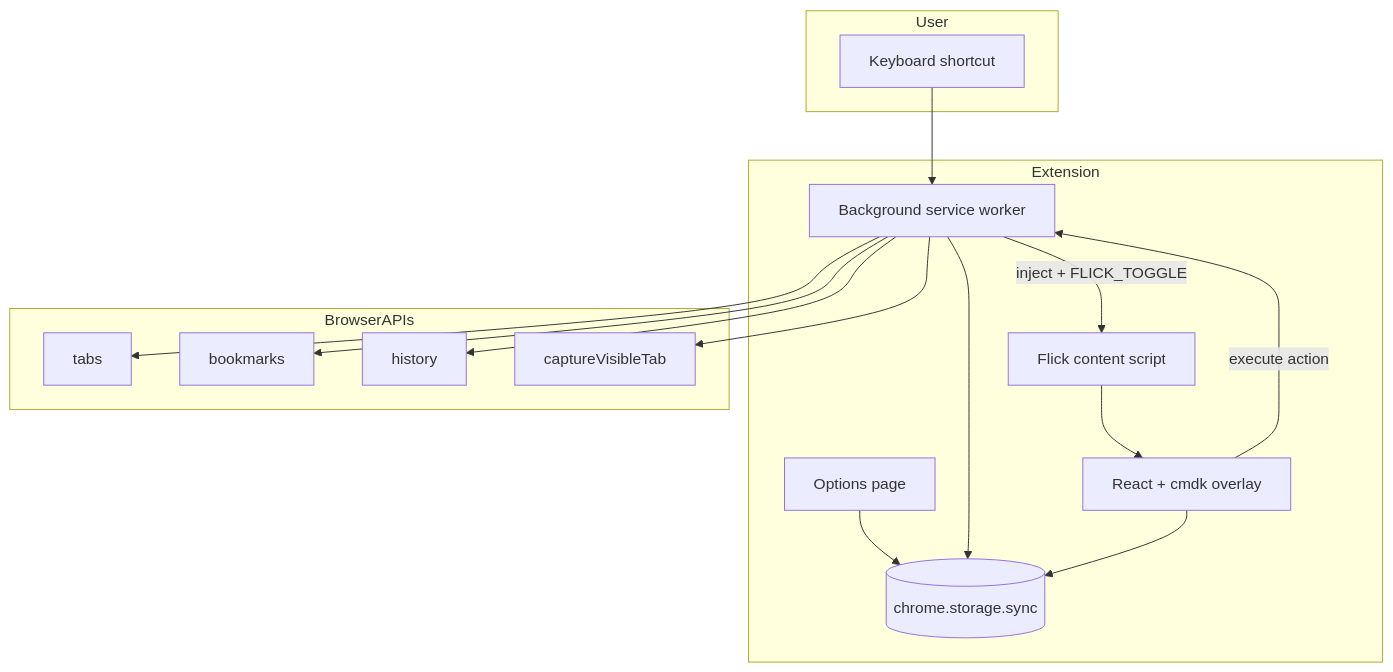
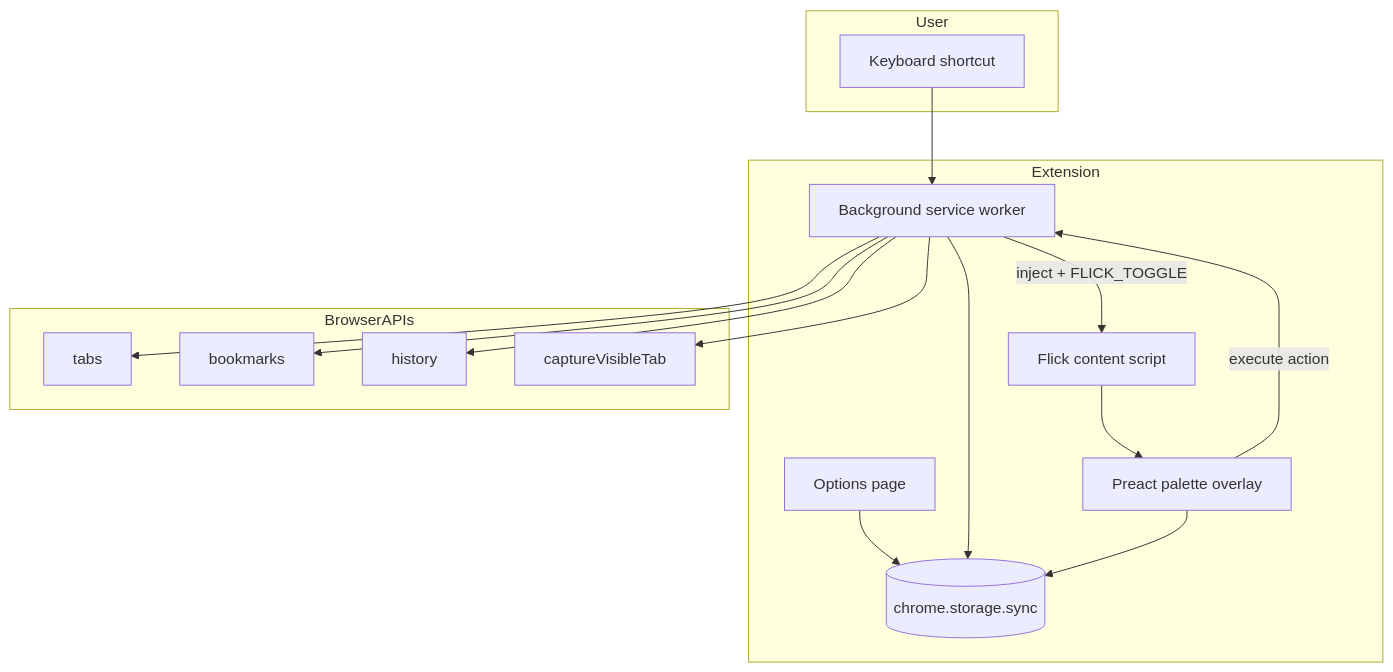
Before and after one commit to Anikets08/Flick: the diagram in docs/ARCHITECTURE.md, drawn with Mermaid. The commit also changed other lines of this file and 44 other files, not shown here.

````diff
--- a/docs/ARCHITECTURE.md
+++ b/docs/ARCHITECTURE.md
@@ -22,33 +22,33 @@
 ```mermaid
 flowchart TB
     subgraph User
         KB[Keyboard shortcut]
     end
 
     subgraph Extension
         BG[Background service worker]
         CS[Flick content script]
-        UI[React + cmdk overlay]
+        UI[Preact palette overlay]
         OPT[Options page]
         STORE[(chrome.storage.sync)]
     end
 
     subgraph BrowserAPIs
         TABS[tabs]
         BM[bookmarks]
         HIST[history]
         CAP[captureVisibleTab]
     end
 
     KB --> BG
     BG -->|inject + FLICK_TOGGLE| CS
     CS --> UI
     UI -->|execute action| BG
     BG --> TABS
     BG --> BM
     BG --> HIST
     BG --> CAP
     OPT --> STORE
     BG --> STORE
     UI --> STORE
 ```
````
